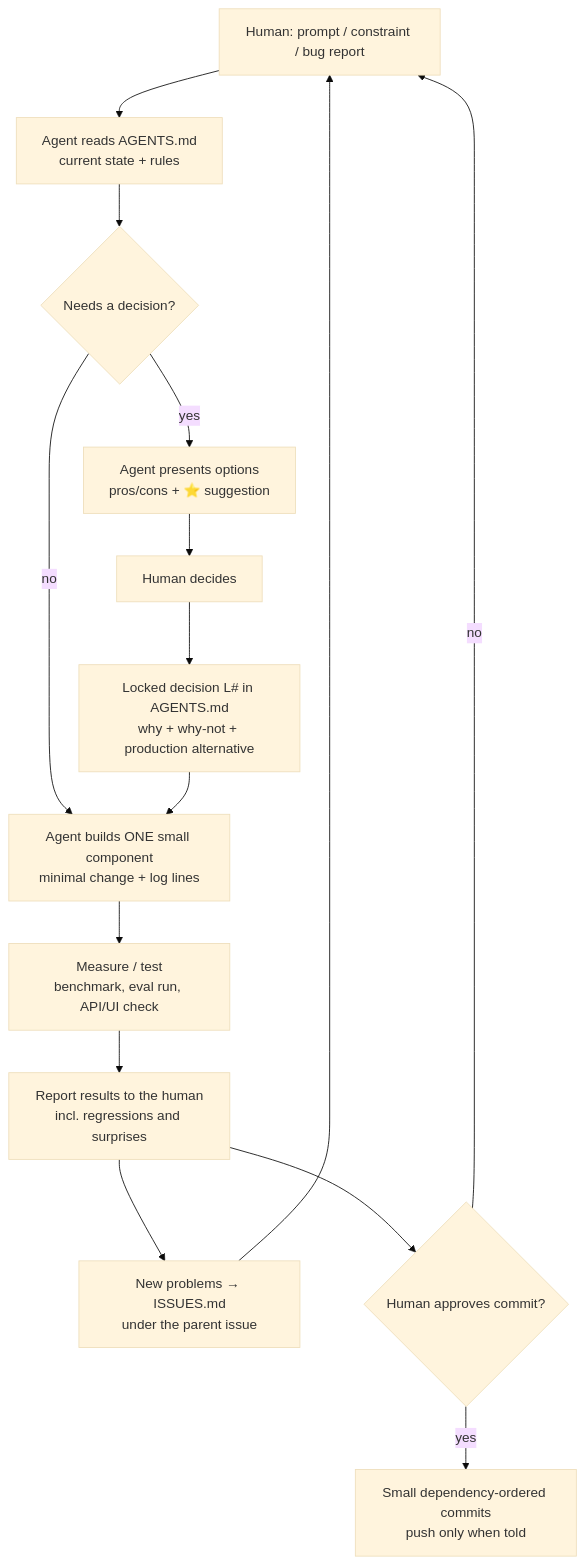
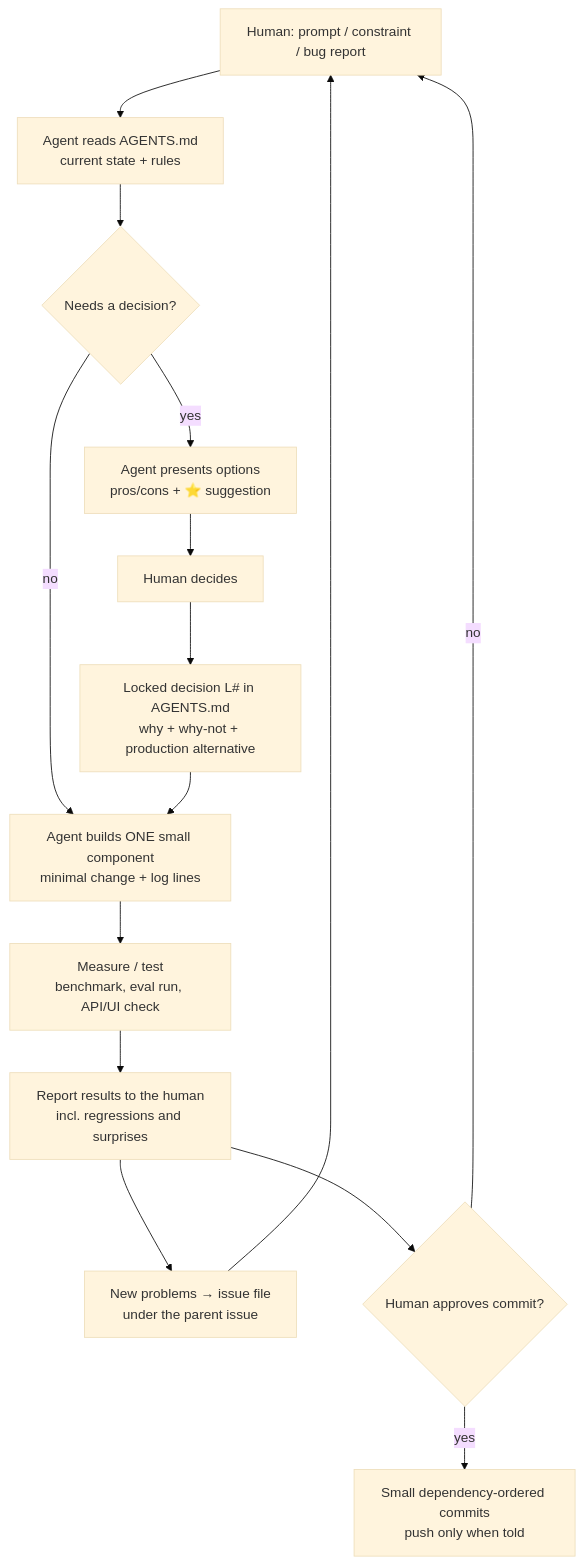
Before and after one commit to amolgupta7/G2-Hackathon: the diagram in docs/AGENT_DISCLOSURE.md, drawn with Mermaid (base theme). The commit also changed other lines of this file and 4 other files, not shown here.

````diff
--- a/docs/AGENT_DISCLOSURE.md
+++ b/docs/AGENT_DISCLOSURE.md
@@ -32,17 +32,17 @@
 ```mermaid
 flowchart TD
   H[Human: prompt / constraint / bug report] --> A1[Agent reads AGENTS.md<br/>current state + rules]
   A1 --> A2{Needs a decision?}
   A2 -- yes --> O[Agent presents options<br/>pros/cons + ⭐ suggestion]
   O --> HD[Human decides]
   HD --> L[Locked decision L# in AGENTS.md<br/>why + why-not + production alternative]
   A2 -- no --> B
   L --> B[Agent builds ONE small component<br/>minimal change + log lines]
   B --> T[Measure / test<br/>benchmark, eval run, API/UI check]
   T --> R[Report results to the human<br/>incl. regressions and surprises]
-  R --> I[New problems → ISSUES.md<br/>under the parent issue]
+  R --> I[New problems → issue file<br/>under the parent issue]
   R --> C{Human approves commit?}
   C -- yes --> G[Small dependency-ordered commits<br/>push only when told]
   C -- no --> H
   I --> H
 ```
````
